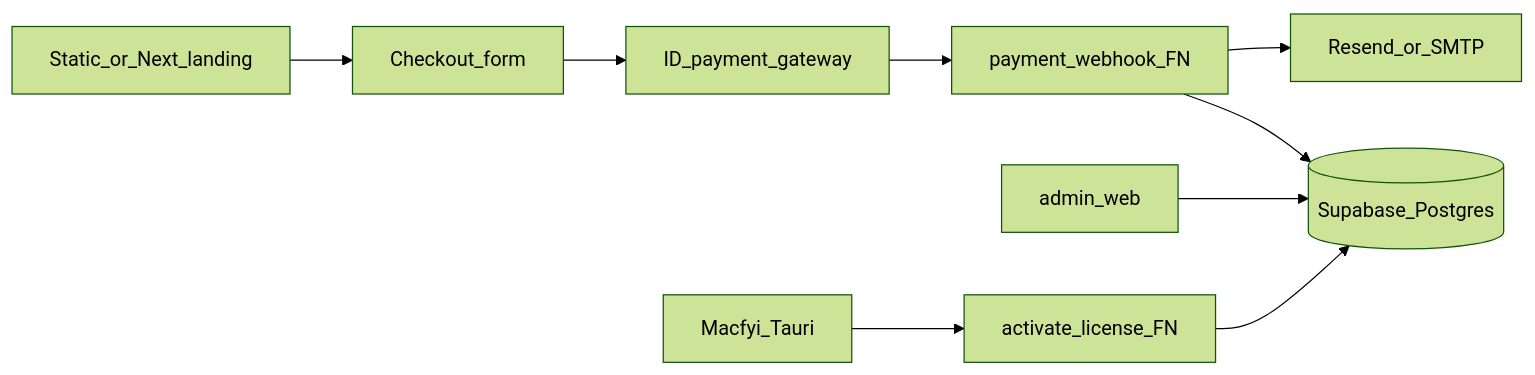
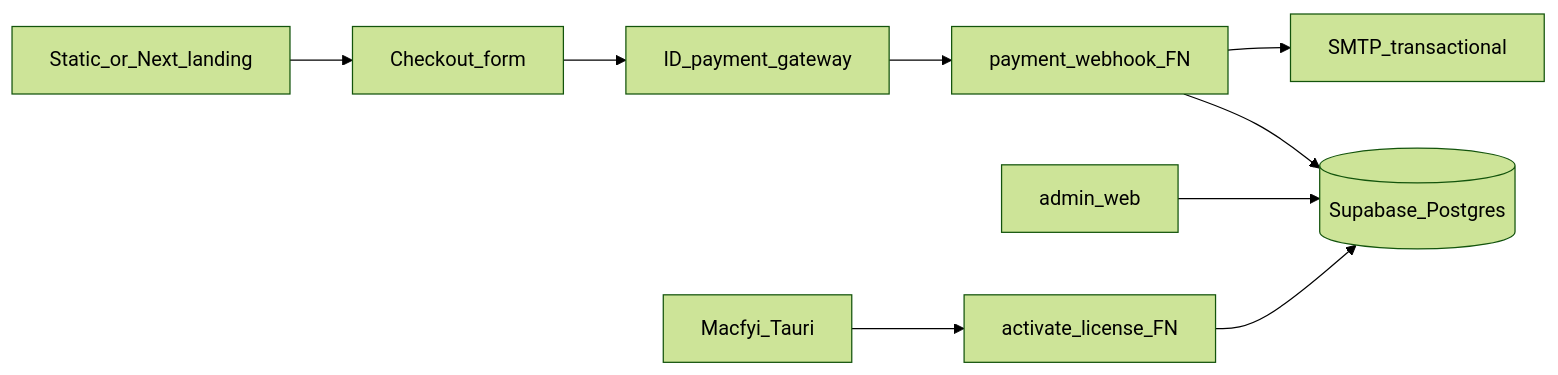
The diagram in docs/MARKETING_ECOSYSTEM.md (hanifrullyantp/macfyi), drawn with Mermaid (forest theme) before and after one commit. The commit also changed other lines of this file and 84 other files, not shown here.

````diff
--- a/docs/MARKETING_ECOSYSTEM.md
+++ b/docs/MARKETING_ECOSYSTEM.md
@@ -7,20 +7,20 @@
 ```mermaid
 flowchart LR
   landing[Static_or_Next_landing]
   checkout[Checkout_form]
   gateway[ID_payment_gateway]
   edgePay[payment_webhook_FN]
   db[(Supabase_Postgres)]
-  email[Resend_or_SMTP]
+  email[SMTP_transactional]
   admin[admin_web]
   app[Macfyi_Tauri]
   edgeAct[activate_license_FN]
   landing --> checkout
   checkout --> gateway
   gateway --> edgePay
   edgePay --> db
   edgePay --> email
   admin --> db
   app --> edgeAct
   edgeAct --> db
 ```
````
